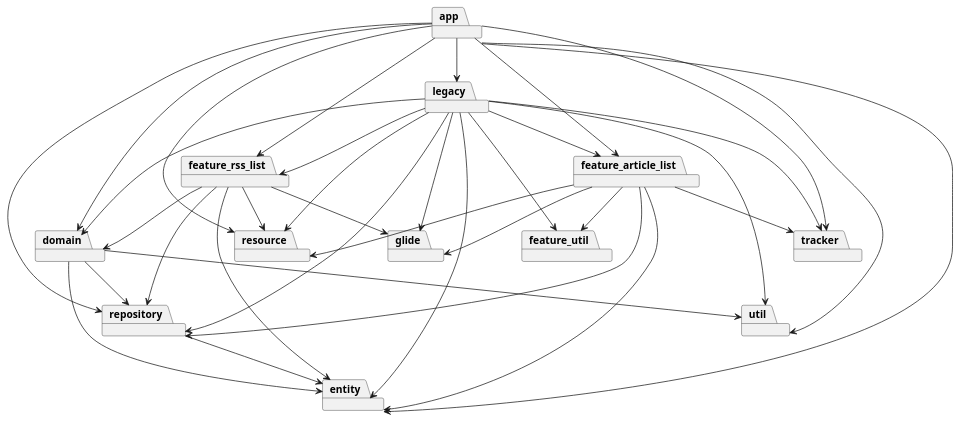
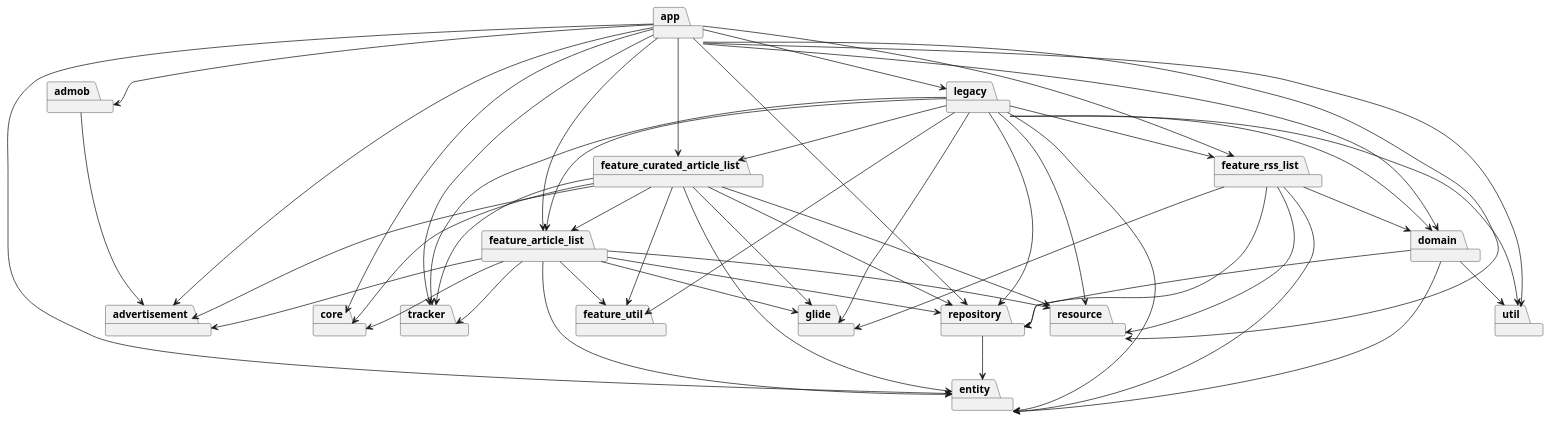
Before and after one commit to phicdy/MyCuration: the diagram in modules.plantuml, drawn with PlantUML. The commit also changed 1 other file, not shown here.

```diff
--- a/modules.plantuml
+++ b/modules.plantuml
@@ -1,56 +1,79 @@
 @startuml
 
 package app
+package advertisement
+package admob
+package core
 package repository
 package entity
 package domain
 package legacy
 package feature_article_list
+package feature_curated_article_list
 package feature_rss_list
 package feature_util
 package glide
 package resource
 package util
 package tracker
 
 app -down-> repository
 app -down-> entity
 app -down-> domain
 app -down-> legacy
 app -down-> feature_article_list
+app -down-> feature_curated_article_list
 app -down-> feature_rss_list
 app -down-> resource
 app -down-> util
 app -down-> tracker
+app -down-> core
+app -down-> advertisement
+app -down-> admob
+
+admob -down-> advertisement
 
 domain -down-> entity
 domain -down-> repository
 domain -down-> util
 
 feature_article_list -down-> repository
 feature_article_list -down-> entity
 feature_article_list -down-> glide
 feature_article_list -down-> feature_util
 feature_article_list -down-> resource
 feature_article_list -down-> tracker
+feature_article_list -down-> core
+feature_article_list -down-> advertisement
+
+feature_curated_article_list -down-> core
+feature_curated_article_list -down-> entity
+feature_curated_article_list -down-> feature_article_list
+feature_curated_article_list -down-> repository
+feature_curated_article_list -down-> glide
+feature_curated_article_list -down-> feature_util
+feature_curated_article_list -down-> resource
+feature_curated_article_list -down-> tracker
+feature_curated_article_list -down-> advertisement
 
 feature_rss_list -down-> repository
 feature_rss_list -down-> domain
 feature_rss_list -down-> entity
 feature_rss_list -down-> glide
 feature_rss_list -down-> resource
 
 legacy -down-> repository
 legacy -down-> entity
 legacy -down-> domain
 legacy -down-> feature_util
 legacy -down-> feature_article_list
+legacy -down-> feature_curated_article_list
 legacy -down-> feature_rss_list
 legacy -down-> resource
 legacy -down-> util
 legacy -down-> tracker
 legacy -down-> glide
 
 repository -down-> entity
 
 @enduml
```
